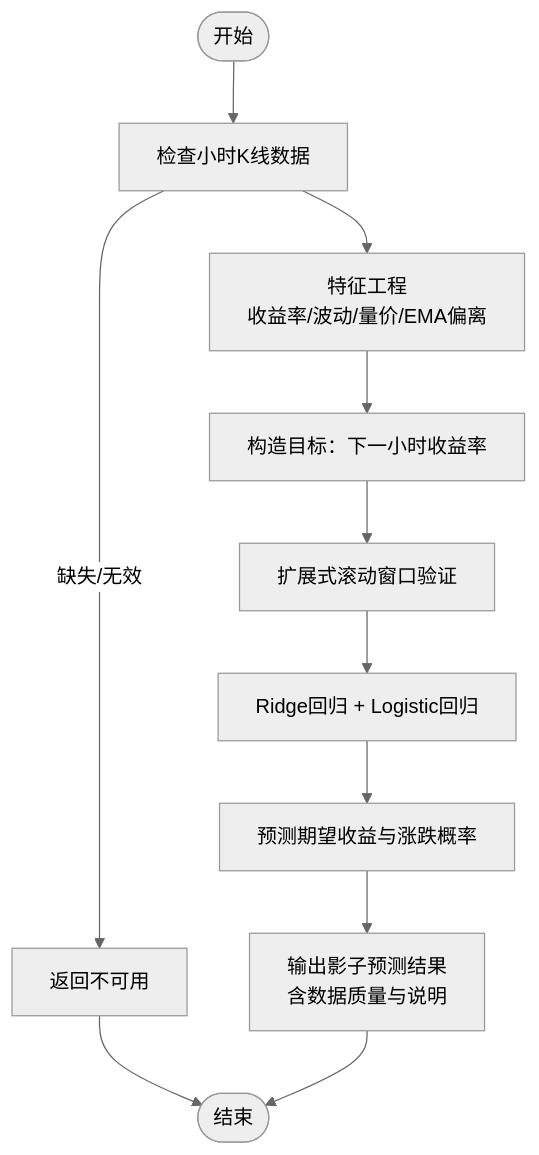
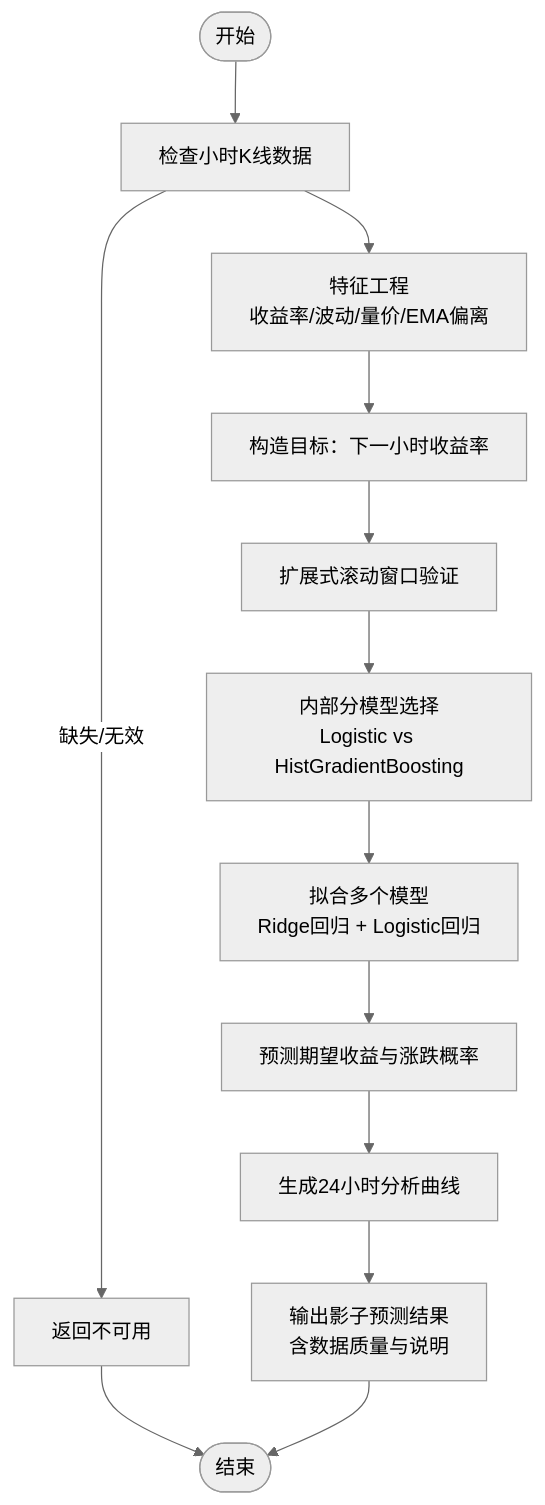
One commit to anYaoooo/daily_stock_analysis changed the third of 6 diagrams in .qoder/repowiki/zh/content/数据源集成/加密货币数据源/BTC影子预测服务.md. Above: the diagram before and after it, drawn with Mermaid (neutral theme). The commit also changed other lines of this file and 39 other files, not shown here.

````diff
--- a/.qoder/repowiki/zh/content/数据源集成/加密货币数据源/BTC影子预测服务.md
+++ b/.qoder/repowiki/zh/content/数据源集成/加密货币数据源/BTC影子预测服务.md
@@ -133,13 +153,15 @@
 ```mermaid
 flowchart TD
 Start(["开始"]) --> CheckData["检查小时K线数据"]
 CheckData --> |缺失/无效| ReturnUnavail["返回不可用"]
 CheckData --> FeatureEng["特征工程<br/>收益率/波动/量价/EMA偏离"]
 FeatureEng --> LabelTarget["构造目标：下一小时收益率"]
 LabelTarget --> WalkForward["扩展式滚动窗口验证"]
-WalkForward --> FitModel["Ridge回归 + Logistic回归"]
-FitModel --> Predict["预测期望收益与涨跌概率"]
-Predict --> Output["输出影子预测结果<br/>含数据质量与说明"]
+WalkForward --> ModelSelection["内部分模型选择<br/>Logistic vs HistGradientBoosting"]
+ModelSelection --> FitModels["拟合多个模型<br/>Ridge回归 + Logistic回归"]
+FitModels --> Predict["预测期望收益与涨跌概率"]
+Predict --> CurveGen["生成24小时分析曲线"]
+CurveGen --> Output["输出影子预测结果<br/>含数据质量与说明"]
 ReturnUnavail --> End(["结束"])
 Output --> End
 ```
````
